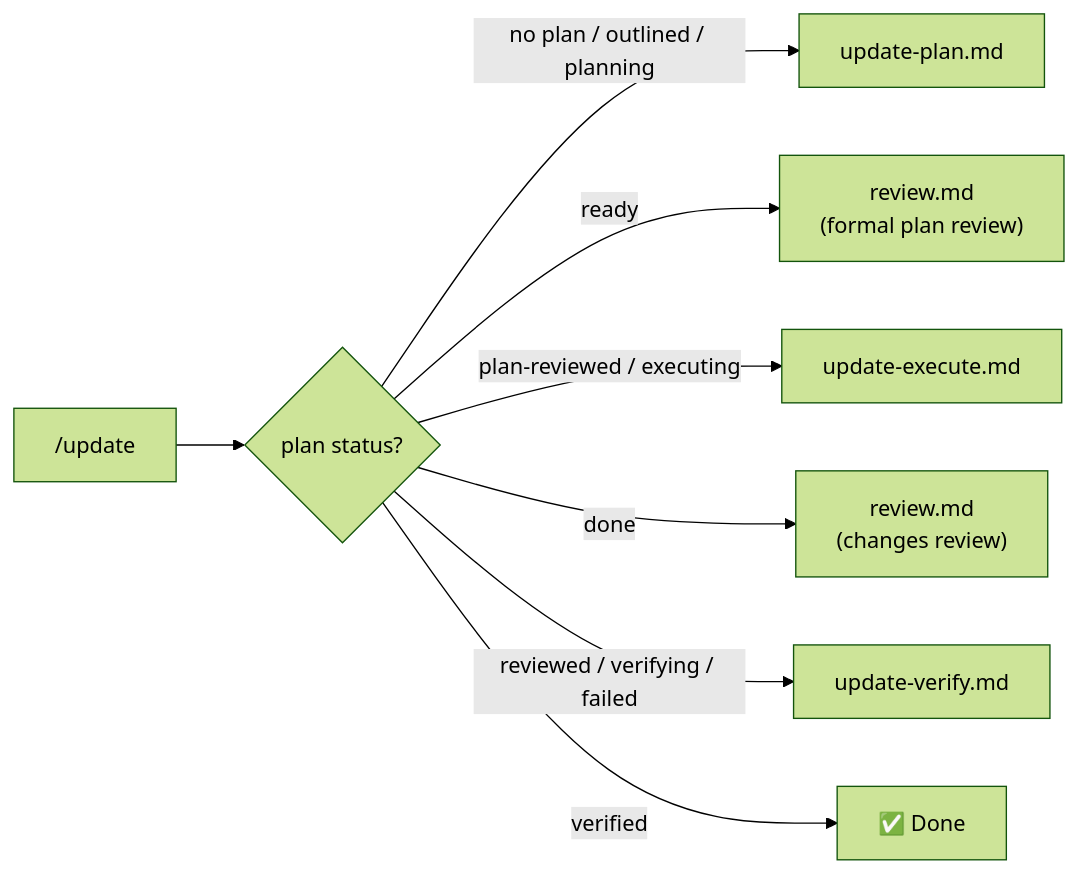
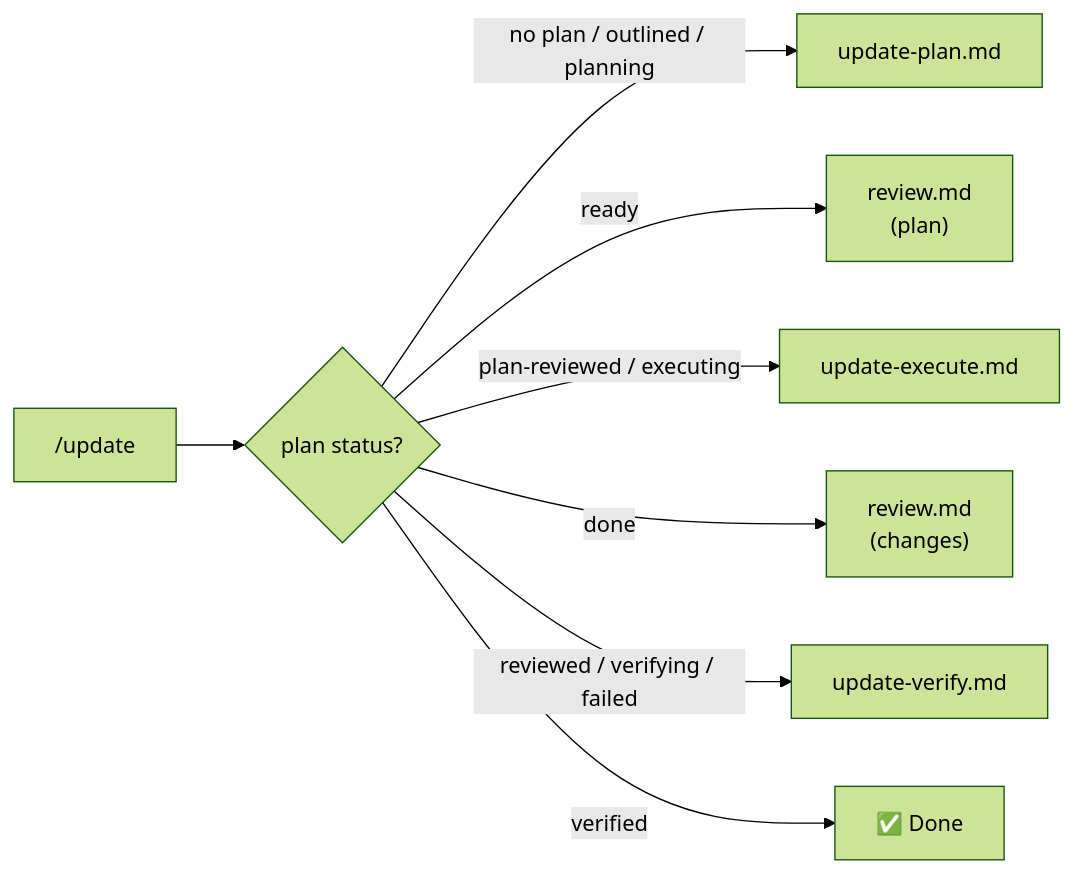
One commit to duranserkan/DRN-Project changed the diagram in .agent/workflows/update.md. Above: the diagram before and after it, drawn with Mermaid (forest theme). The commit also changed other lines of this file and 76 other files, not shown here.

````diff
--- a/.agent/workflows/update.md
+++ b/.agent/workflows/update.md
@@ -19,10 +16,10 @@
 ```mermaid
 flowchart LR
     A["/update"] --> B{"plan status?"}
     B -- "no plan / outlined / planning" --> C["update-plan.md"]
-    B -- "ready" --> D["review.md\n(formal plan review)"]
+    B -- "ready" --> D["review.md\n(plan)"]
     B -- "plan-reviewed / executing" --> E["update-execute.md"]
-    B -- "done" --> F["review.md\n(changes review)"]
+    B -- "done" --> F["review.md\n(changes)"]
     B -- "reviewed / verifying / failed" --> G["update-verify.md"]
     B -- "verified" --> H["✅ Done"]
 ```
````
